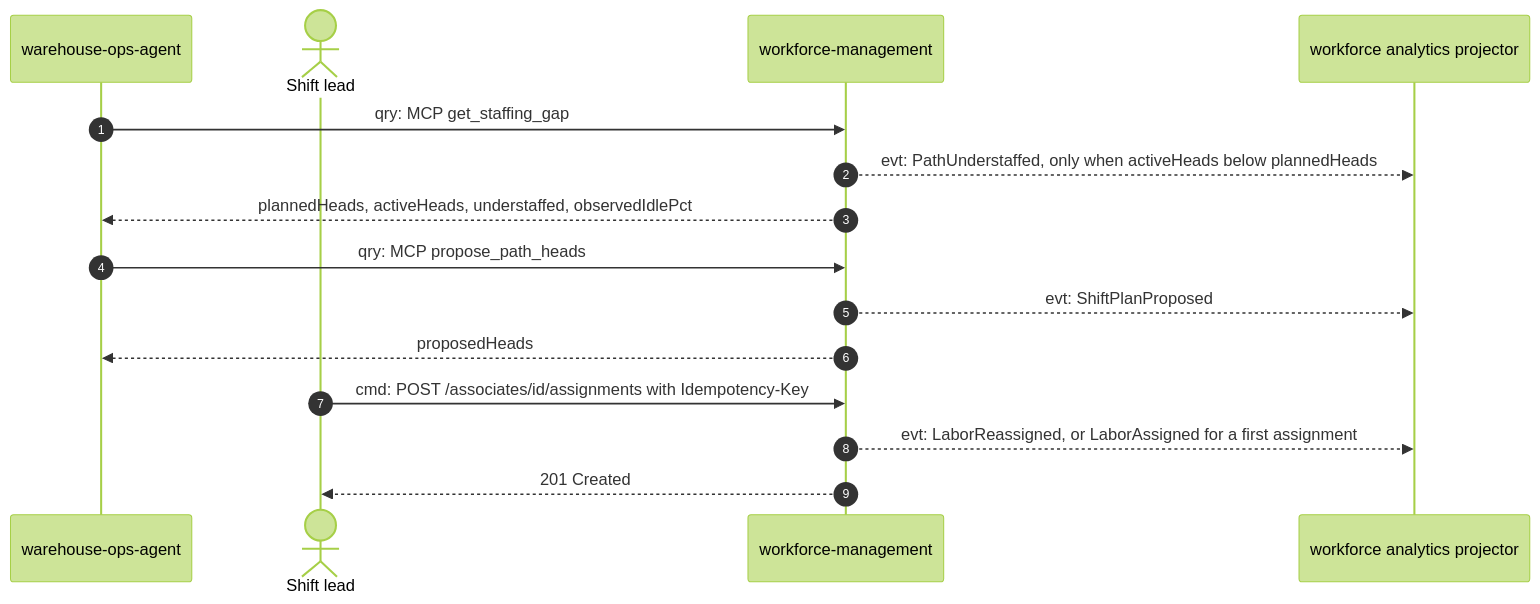
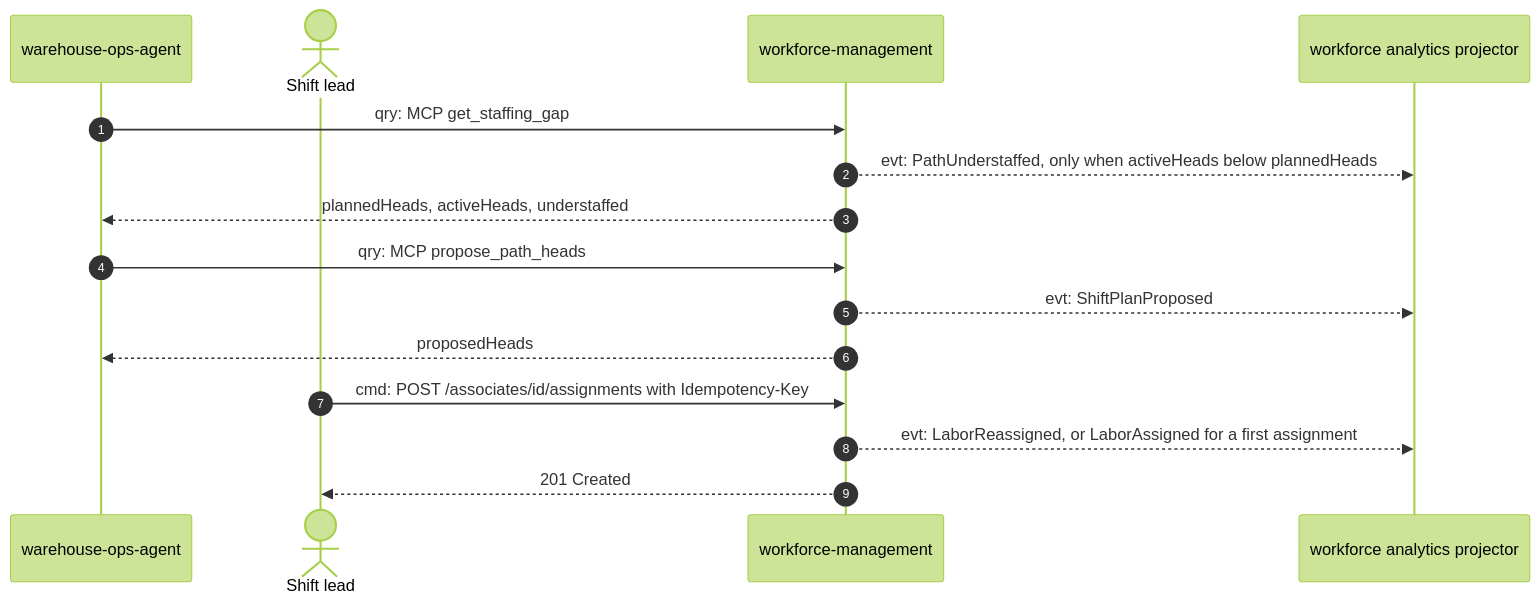
The second of 4 diagrams in docs/contexts/workforce-management/domain-message-flow.md (IQVO/warehouse-docs), drawn with Mermaid (forest theme) before and after one commit. The commit also changed 107 other files, not shown here.

````diff
--- a/docs/contexts/workforce-management/domain-message-flow.md
+++ b/docs/contexts/workforce-management/domain-message-flow.md
@@ -64,17 +64,17 @@
 ```mermaid
 sequenceDiagram
     autonumber
     participant Agent as warehouse-ops-agent
     actor Lead as Shift lead
     participant WFM as workforce-management
     participant AN as workforce analytics projector
     Agent->>WFM: qry: MCP get_staffing_gap
     WFM-->>AN: evt: PathUnderstaffed, only when activeHeads below plannedHeads
-    WFM-->>Agent: plannedHeads, activeHeads, understaffed, observedIdlePct
+    WFM-->>Agent: plannedHeads, activeHeads, understaffed
     Agent->>WFM: qry: MCP propose_path_heads
     WFM-->>AN: evt: ShiftPlanProposed
     WFM-->>Agent: proposedHeads
     Lead->>WFM: cmd: POST /associates/id/assignments with Idempotency-Key
     WFM-->>AN: evt: LaborReassigned, or LaborAssigned for a first assignment
     WFM-->>Lead: 201 Created
 ```
````
